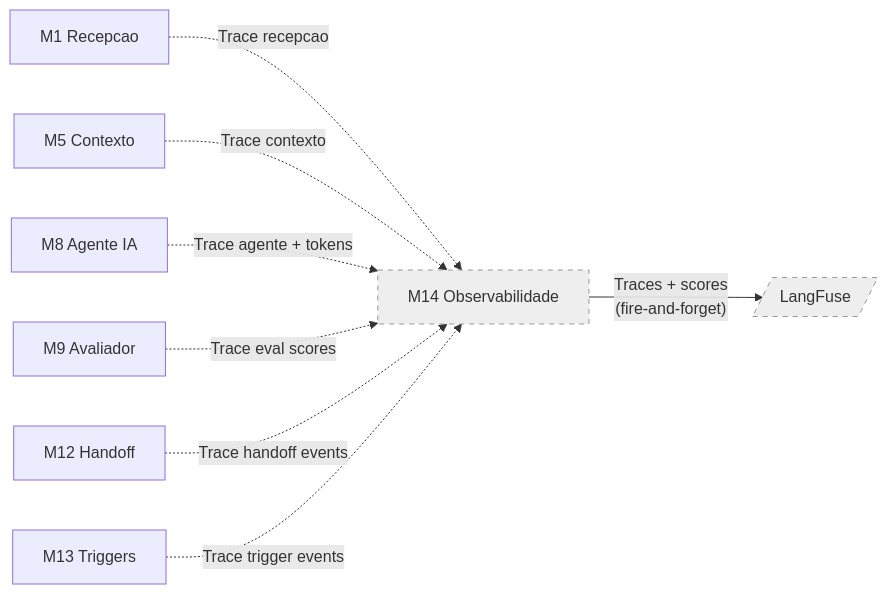
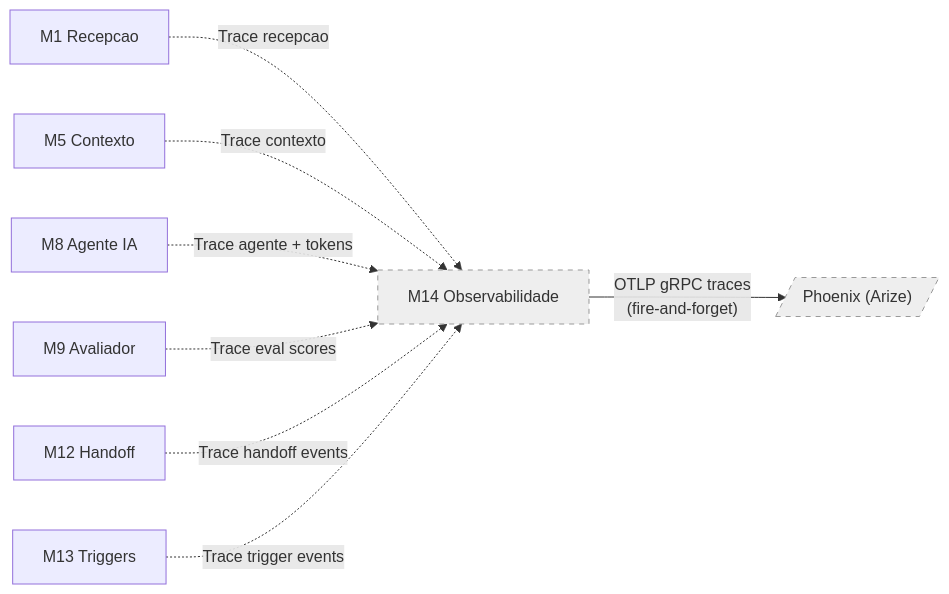
The tenth of 13 diagrams in platforms/prosauai/business/process.md (paceautomations/madruga.ai), drawn with Mermaid before and after one commit. The commit also changed other lines of this file and 6 other files, not shown here.

````diff
--- a/platforms/prosauai/business/process.md
+++ b/platforms/prosauai/business/process.md
@@ -341,14 +340,14 @@
 ```mermaid
 flowchart LR
     M1["M1 Recepcao"] -.->|Trace recepcao| M14
     M5["M5 Contexto"] -.->|Trace contexto| M14
     M8["M8 Agente IA"] -.->|Trace agente + tokens| M14
     M9["M9 Avaliador"] -.->|Trace eval scores| M14
     M12["M12 Handoff"] -.->|Trace handoff events| M14
     M13["M13 Triggers"] -.->|Trace trigger events| M14
 
-    M14["M14 Observabilidade"] -->|"Traces + scores<br/>(fire-and-forget)"| LF[/"LangFuse"/]
+    M14["M14 Observabilidade"] -->|"OTLP gRPC traces<br/>(fire-and-forget)"| PH[/"Phoenix (Arize)"/]
 
     style M14 fill:#eee,stroke:#999,stroke-dasharray: 5 5
-    style LF fill:#eee,stroke:#999,stroke-dasharray: 5 5
+    style PH fill:#eee,stroke:#999,stroke-dasharray: 5 5
 ```
````
